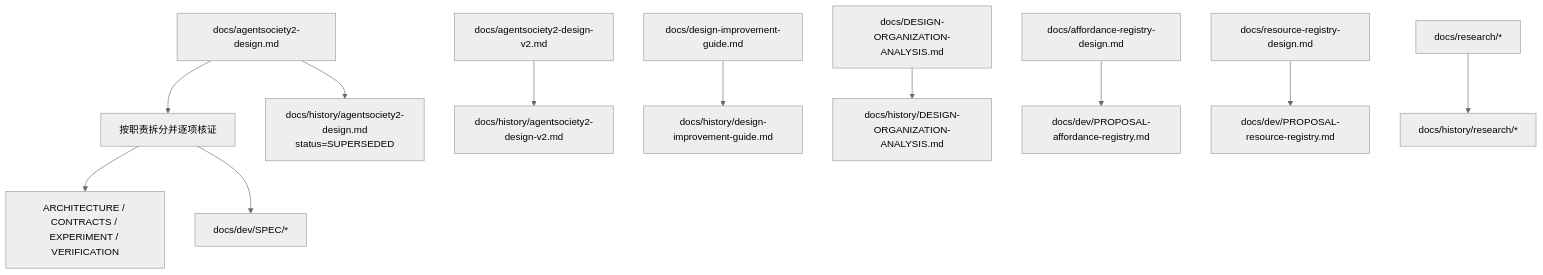
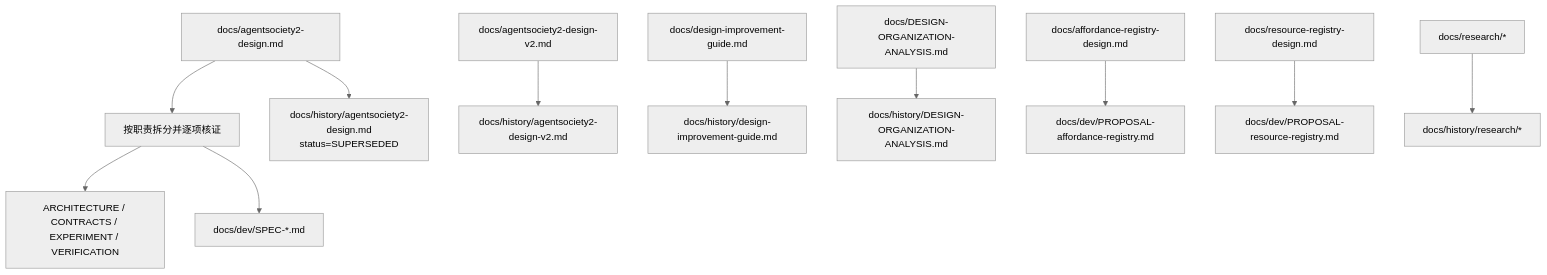
The second of 2 diagrams in docs/dev/SPEC-document-governance.md (HoldThatThgt/WorldMock), drawn with Mermaid (neutral theme) before and after one commit. The commit also changed other lines of this file and 1 other file, not shown here.

Commit message:
docs: revise governance spec for flat paths and pre-existing registry

````diff
--- a/docs/dev/SPEC-document-governance.md
+++ b/docs/dev/SPEC-document-governance.md
@@ -56,13 +57,13 @@
 ```mermaid
 flowchart TD
     MONO[docs/agentsociety2-design.md] --> SPLIT[按职责拆分并逐项核证]
     SPLIT --> ROOT[ARCHITECTURE / CONTRACTS / EXPERIMENT / VERIFICATION]
-    SPLIT --> FEATURE[docs/dev/SPEC/*]
+    SPLIT --> FEATURE[docs/dev/SPEC-*.md]
     MONO --> HIST[docs/history/agentsociety2-design.md\nstatus=SUPERSEDED]
     V2[docs/agentsociety2-design-v2.md] --> V2H[docs/history/agentsociety2-design-v2.md]
     GUIDE[docs/design-improvement-guide.md] --> GUIDEH[docs/history/design-improvement-guide.md]
     ORG[docs/DESIGN-ORGANIZATION-ANALYSIS.md] --> ORGH[docs/history/DESIGN-ORGANIZATION-ANALYSIS.md]
     A[docs/affordance-registry-design.md] --> AP[docs/dev/PROPOSAL-affordance-registry.md]
     R[docs/resource-registry-design.md] --> RP[docs/dev/PROPOSAL-resource-registry.md]
     RESEARCH0[docs/research/*] --> RESEARCH1[docs/history/research/*]
 ```
````
